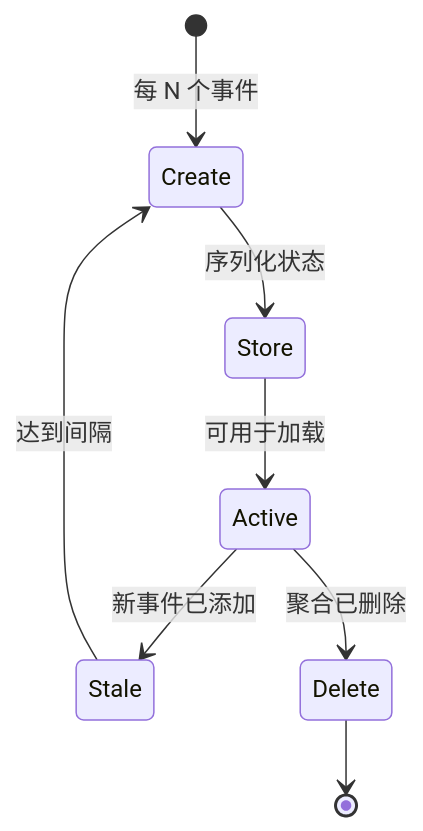
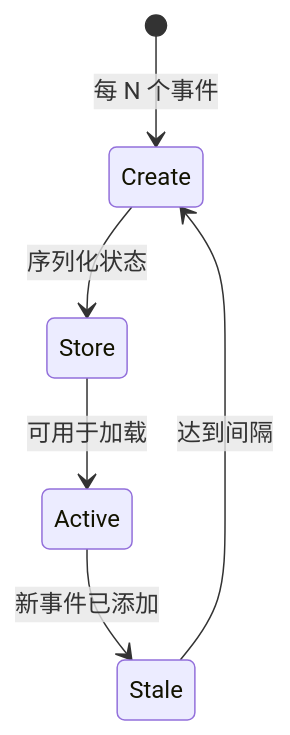
Before and after one commit to Ahoo-Wang/Wow: the second of 2 diagrams in documentation/docs/zh/guide/snapshot.md, drawn with Mermaid. The commit also changed other lines of this file and 85 other files, not shown here.

````diff
--- a/documentation/docs/zh/guide/snapshot.md
+++ b/documentation/docs/zh/guide/snapshot.md
@@ -103,10 +103,8 @@
 ```mermaid
 stateDiagram-v2
     [*] --> Create: 每 N 个事件
     Create --> Store: 序列化状态
     Store --> Active: 可用于加载
     Active --> Stale: 新事件已添加
     Stale --> Create: 达到间隔
-    Active --> Delete: 聚合已删除
-    Delete --> [*]
 ```
````
